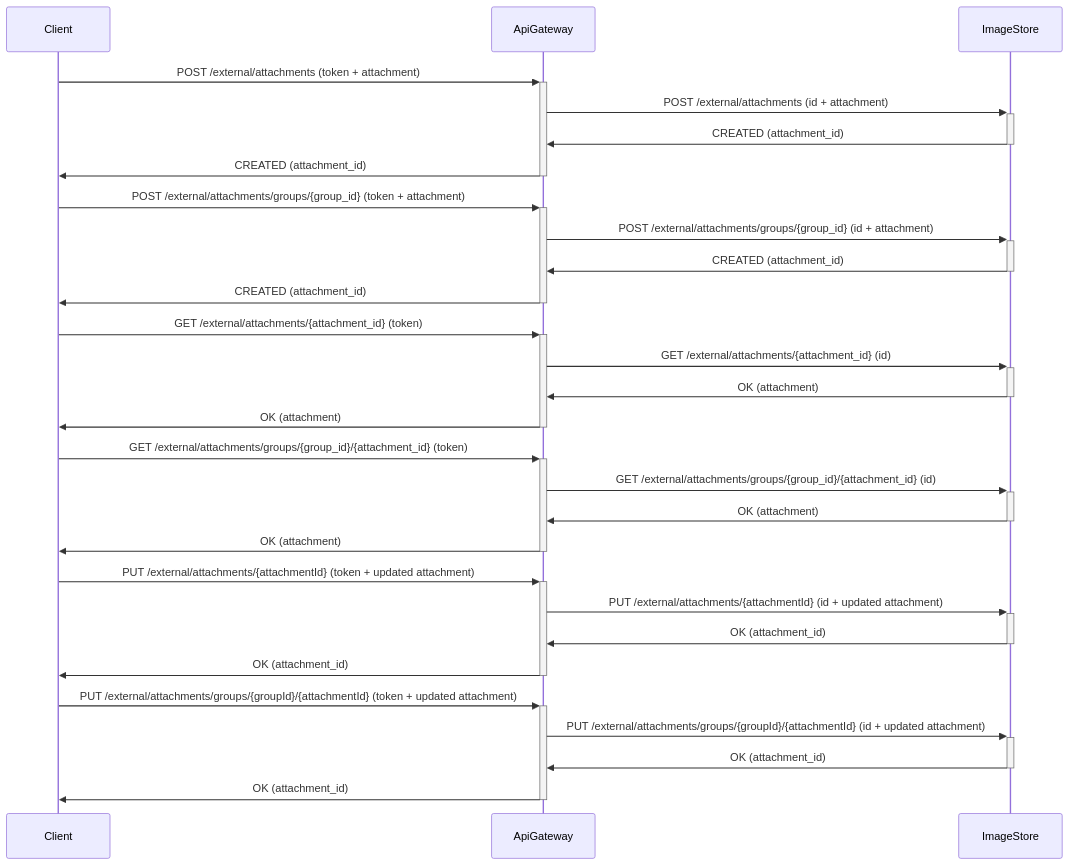
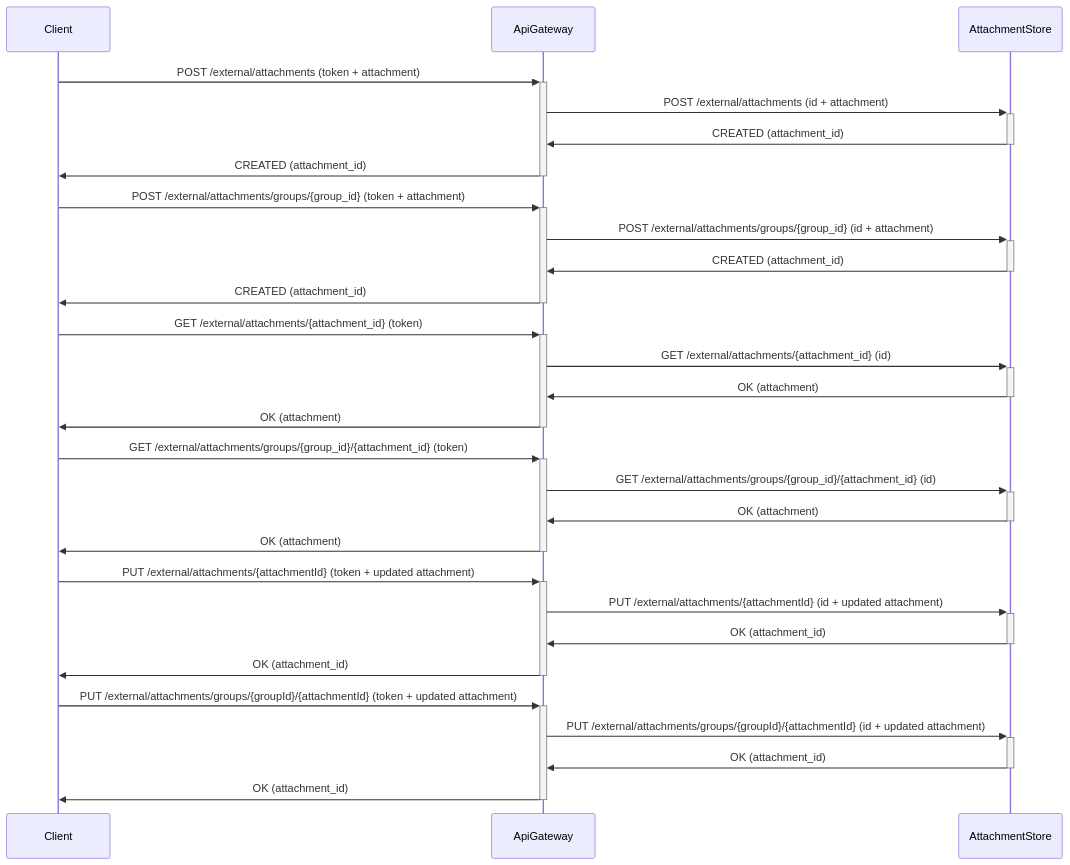
The tenth of 10 diagrams in docs/diagrams.md (Group-Expense-Manager/gem-docs), drawn with Mermaid before and after one commit. The commit also changed other lines of this file and 2 other files, not shown here.

Commit message:
added Group Manager contract

````diff
--- a/docs/diagrams.md
+++ b/docs/diagrams.md
@@ -331,34 +348,34 @@
-``` mermaid
+```mermaid
 sequenceDiagram
 
 Client->>+ApiGateway: POST /external/attachments (token + attachment)
-ApiGateway->>+ImageStore: POST /external/attachments (id + attachment)
-ImageStore->>-ApiGateway: CREATED (attachment_id)
+ApiGateway->>+AttachmentStore: POST /external/attachments (id + attachment)
+AttachmentStore->>-ApiGateway: CREATED (attachment_id)
 ApiGateway->>-Client: CREATED (attachment_id)
 
 Client->>+ApiGateway: POST /external/attachments/groups/{group_id} (token + attachment)
-ApiGateway->>+ImageStore: POST /external/attachments/groups/{group_id} (id + attachment)
-ImageStore->>-ApiGateway: CREATED (attachment_id)
+ApiGateway->>+AttachmentStore: POST /external/attachments/groups/{group_id} (id + attachment)
+AttachmentStore->>-ApiGateway: CREATED (attachment_id)
 ApiGateway->>-Client: CREATED (attachment_id)
 
 Client->>+ApiGateway: GET /external/attachments/{attachment_id} (token)
-ApiGateway->>+ImageStore: GET /external/attachments/{attachment_id}  (id)
-ImageStore->>-ApiGateway: OK (attachment)
+ApiGateway->>+AttachmentStore: GET /external/attachments/{attachment_id}  (id)
+AttachmentStore->>-ApiGateway: OK (attachment)
 ApiGateway->>-Client: OK (attachment)
 
 Client->>+ApiGateway: GET /external/attachments/groups/{group_id}/{attachment_id} (token)
-ApiGateway->>+ImageStore: GET /external/attachments/groups/{group_id}/{attachment_id}  (id)
-ImageStore->>-ApiGateway: OK (attachment)
+ApiGateway->>+AttachmentStore: GET /external/attachments/groups/{group_id}/{attachment_id}  (id)
+AttachmentStore->>-ApiGateway: OK (attachment)
 ApiGateway->>-Client: OK (attachment)
 
 Client->>+ApiGateway: PUT /external/attachments/{attachmentId} (token + updated attachment)
-ApiGateway->>+ImageStore: PUT /external/attachments/{attachmentId} (id + updated attachment)
-ImageStore->>-ApiGateway: OK (attachment_id)
+ApiGateway->>+AttachmentStore: PUT /external/attachments/{attachmentId} (id + updated attachment)
+AttachmentStore->>-ApiGateway: OK (attachment_id)
 ApiGateway->>-Client: OK (attachment_id)
 
 Client->>+ApiGateway: PUT /external/attachments/groups/{groupId}/{attachmentId} (token + updated attachment)
-ApiGateway->>+ImageStore: PUT /external/attachments/groups/{groupId}/{attachmentId} (id + updated attachment)
-ImageStore->>-ApiGateway: OK (attachment_id)
+ApiGateway->>+AttachmentStore: PUT /external/attachments/groups/{groupId}/{attachmentId} (id + updated attachment)
+AttachmentStore->>-ApiGateway: OK (attachment_id)
 ApiGateway->>-Client: OK (attachment_id)
 
 ```
````
